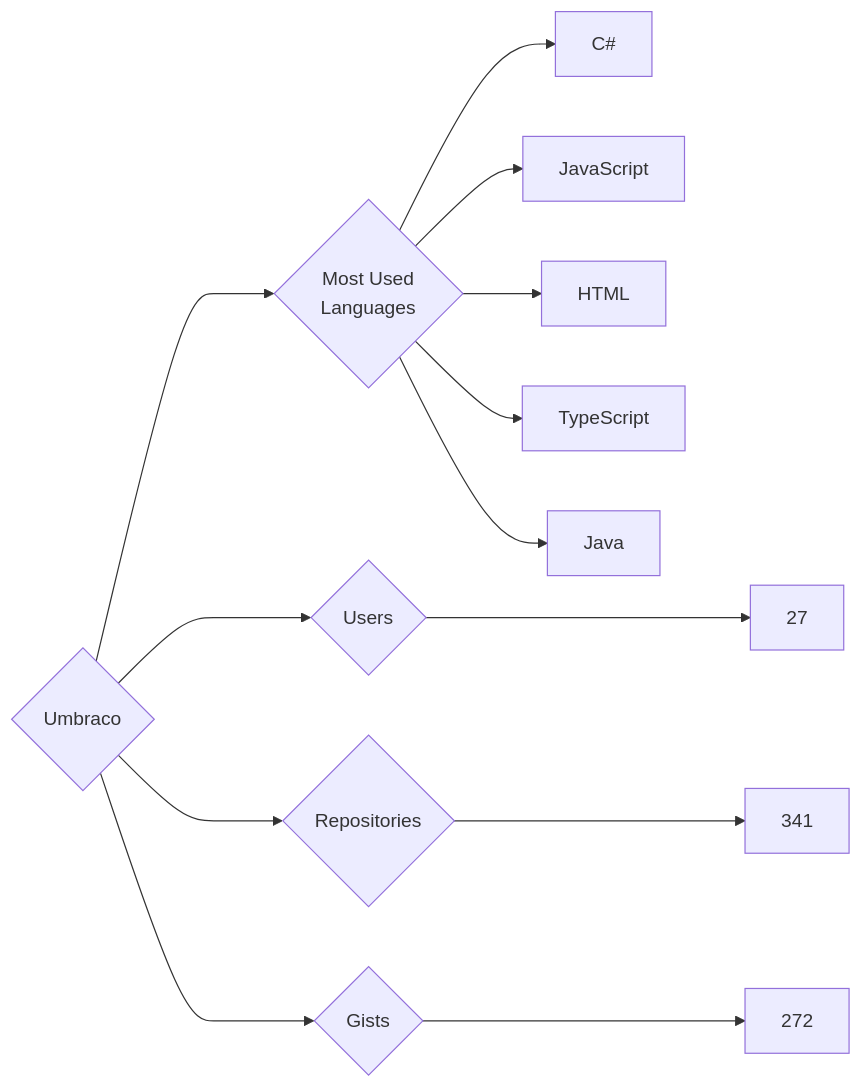
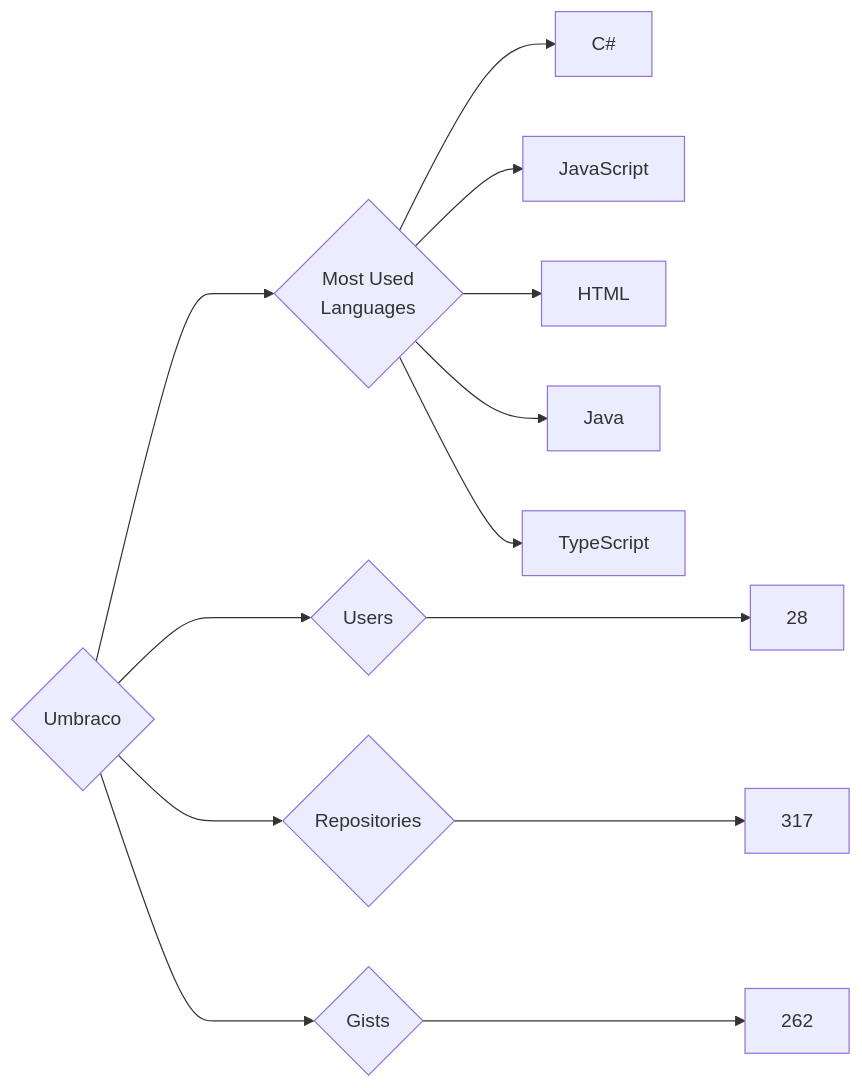
Before and after one commit to trickest/insiders: the diagram in targets/Umbraco/README.md, drawn with Mermaid. The commit also changed 1479 other files, not shown here.

````diff
--- a/targets/Umbraco/README.md
+++ b/targets/Umbraco/README.md
@@ -3,13 +3,13 @@
 ```mermaid
 graph LR
 COMPANY_NAME{Umbraco}
-COMPANY_NAME ---> U{Users} ---> UN[27]
-COMPANY_NAME ---> R{Repositories} ---> RN[341]
-COMPANY_NAME ---> G{Gists} ---> GN[272]
+COMPANY_NAME ---> U{Users} ---> UN[28]
+COMPANY_NAME ---> R{Repositories} ---> RN[317]
+COMPANY_NAME ---> G{Gists} ---> GN[262]
 COMPANY_NAME ---> ML{Most Used<br>Languages}
 ML --> C#[C#]
 ML --> JavaScript[JavaScript]
 ML --> HTML[HTML]
+ML --> Java[Java]
 ML --> TypeScript[TypeScript]
-ML --> Java[Java]
 ```
````
